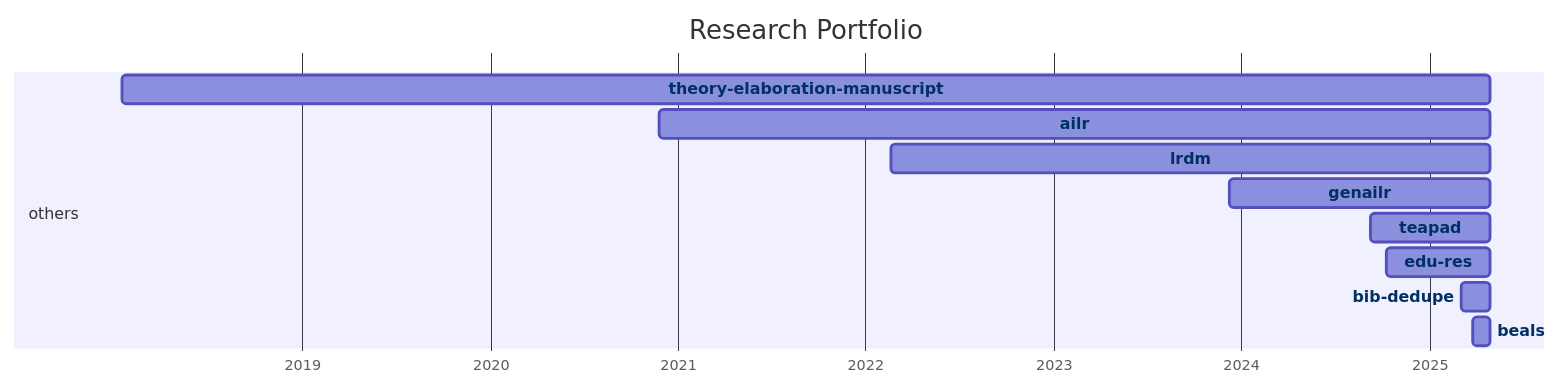
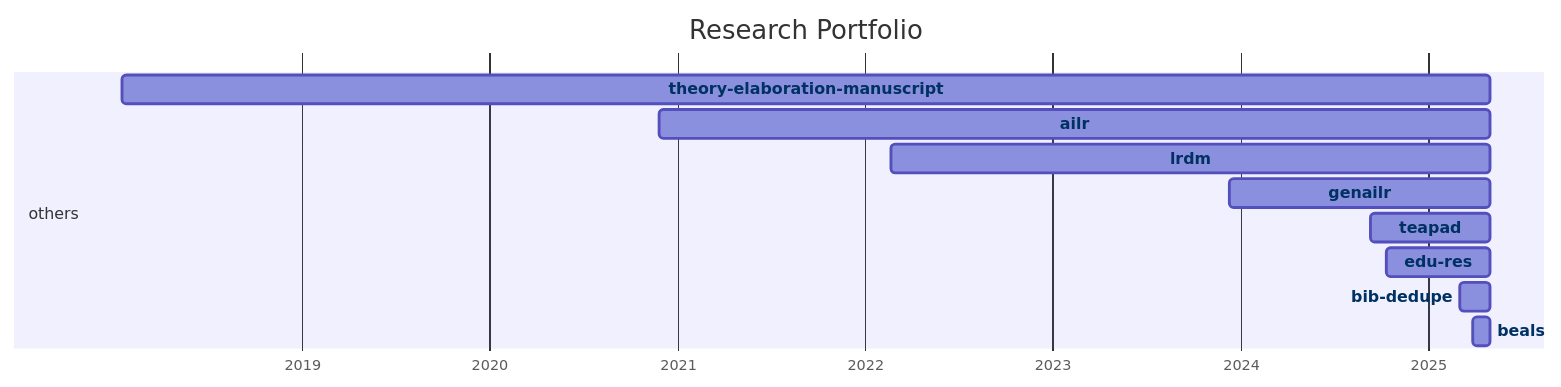
The diagram in docs/20-research/25-projects-gantt.md (digital-work-lab/handbook), drawn with Mermaid before and after one commit.

Commit message:
Update repository overview

````diff
--- a/docs/20-research/25-projects-gantt.md
+++ b/docs/20-research/25-projects-gantt.md
@@ -8,35 +8,35 @@
 ```mermaid
 ---
 displayMode: compact
 ---
 gantt
 title Research Portfolio
 dateFormat YYYY-MM-DD
 axisFormat %Y
 
     section work_practices
 
     section distributed_organizing
 
     section knowledge_synthesis
 
     section others
-        beals :beals, 2025-03-28, 2025-04-30
-        bib-dedupe :bib-dedupe, 2025-03-04, 2025-04-30
-        edu-res :edu-res, 2024-10-10, 2025-04-30
-        teapad :teapad, 2024-09-10, 2025-04-30
-        genailr :genailr, 2023-12-10, 2025-04-30
-        lrdm :lrdm, 2022-02-20, 2025-04-30
-        ailr :ailr, 2020-11-26, 2025-04-30
-        theory-elaboration-manuscript :theory-elaboration-manuscript, 2018-01-15, 2025-04-30
+        beals :beals, 2025-03-28, 2025-05-01
+        bib-dedupe :bib-dedupe, 2025-03-04, 2025-05-01
+        edu-res :edu-res, 2024-10-10, 2025-05-01
+        teapad :teapad, 2024-09-10, 2025-05-01
+        genailr :genailr, 2023-12-10, 2025-05-01
+        lrdm :lrdm, 2022-02-20, 2025-05-01
+        ailr :ailr, 2020-11-26, 2025-05-01
+        theory-elaboration-manuscript :theory-elaboration-manuscript, 2018-01-15, 2025-05-01
 
 
     click beals href "{{ site.baseurl }}/docs/20-research/25-projects/_repos/beals"
     click bib-dedupe href "{{ site.baseurl }}/docs/20-research/25-projects/_repos/bib-dedupe"
     click edu-res href "{{ site.baseurl }}/docs/20-research/25-projects/_repos/edu-res"
     click teapad href "{{ site.baseurl }}/docs/20-research/25-projects/_repos/teapad"
     click genailr href "{{ site.baseurl }}/docs/20-research/25-projects/_repos/genailr"
     click lrdm href "{{ site.baseurl }}/docs/20-research/25-projects/_repos/lrdm"
     click ailr href "{{ site.baseurl }}/docs/20-research/25-projects/_repos/ailr"
     click theory-elaboration-manuscript href "{{ site.baseurl }}/docs/20-research/25-projects/_repos/theory-elaboration-manuscript"
 ```
````
